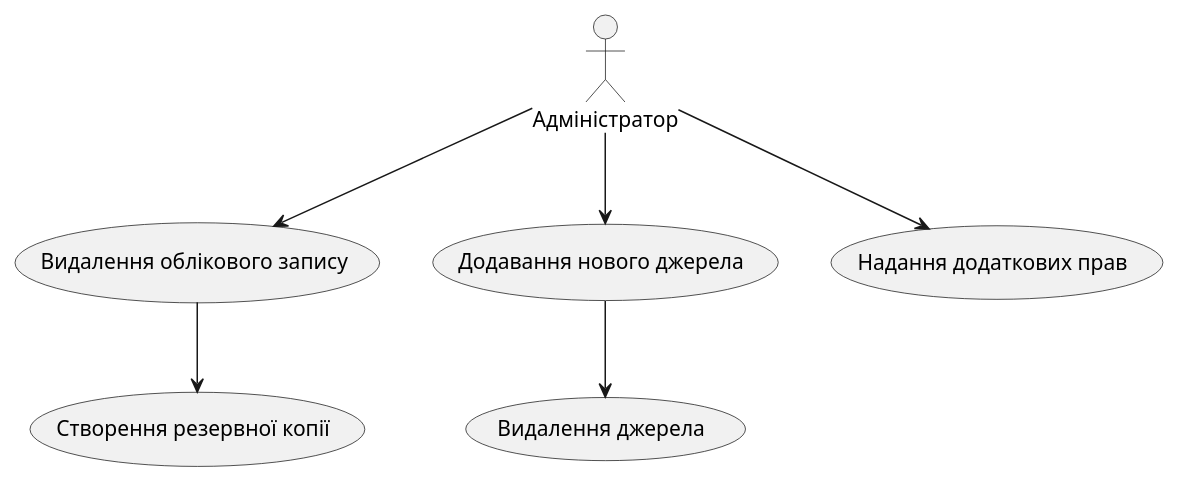
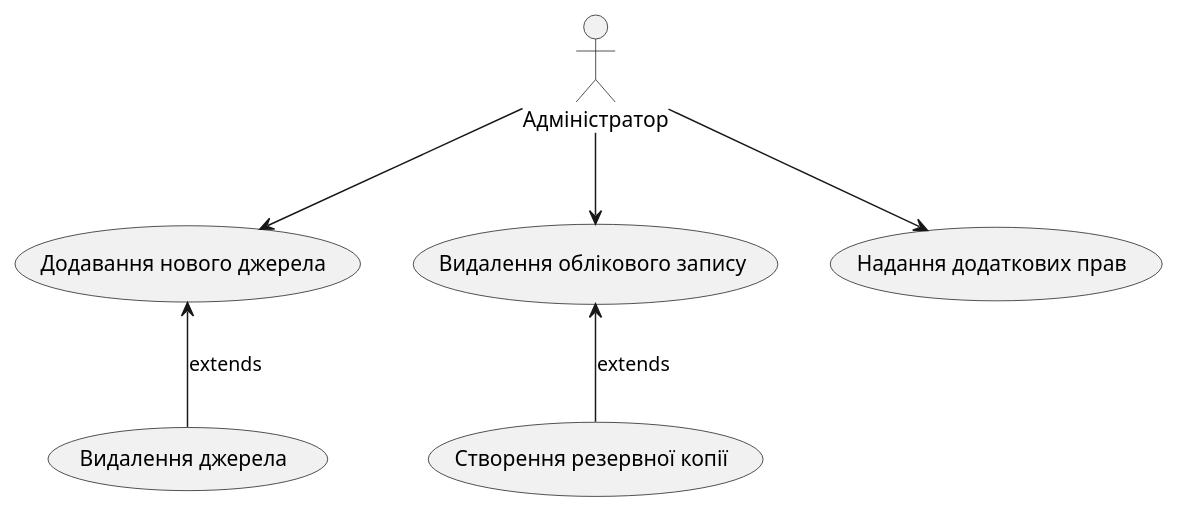
The third of 9 diagrams in docs/use cases/README.md (vladimirkoff/edu_db_labs_team), drawn with PlantUML before and after one commit. The commit also changed other lines of this file, not shown here.

Commit message:
fix diagrams

```diff
--- a/docs/use cases/README.md
+++ b/docs/use cases/README.md
@@ -68,20 +69,20 @@
 @startuml
 
 actor "Адміністратор" as Admin
 
 usecase "Видалення облікового запису" as DeleteAccount
 usecase "Додавання нового джерела" as AddSource
 usecase "Надання додаткових прав" as GrantPermissions
 
 usecase "Створення резервної копії" as CreateBackup
 usecase "Видалення джерела" as DeleteSource
 
 Admin --> DeleteAccount
-DeleteAccount --> CreateBackup
+CreateBackup -u-> DeleteAccount: extends
 
 Admin --> AddSource
-AddSource --> DeleteSource
+DeleteSource -u-> AddSource: extends
 
 Admin --> GrantPermissions
 
 @enduml
```
